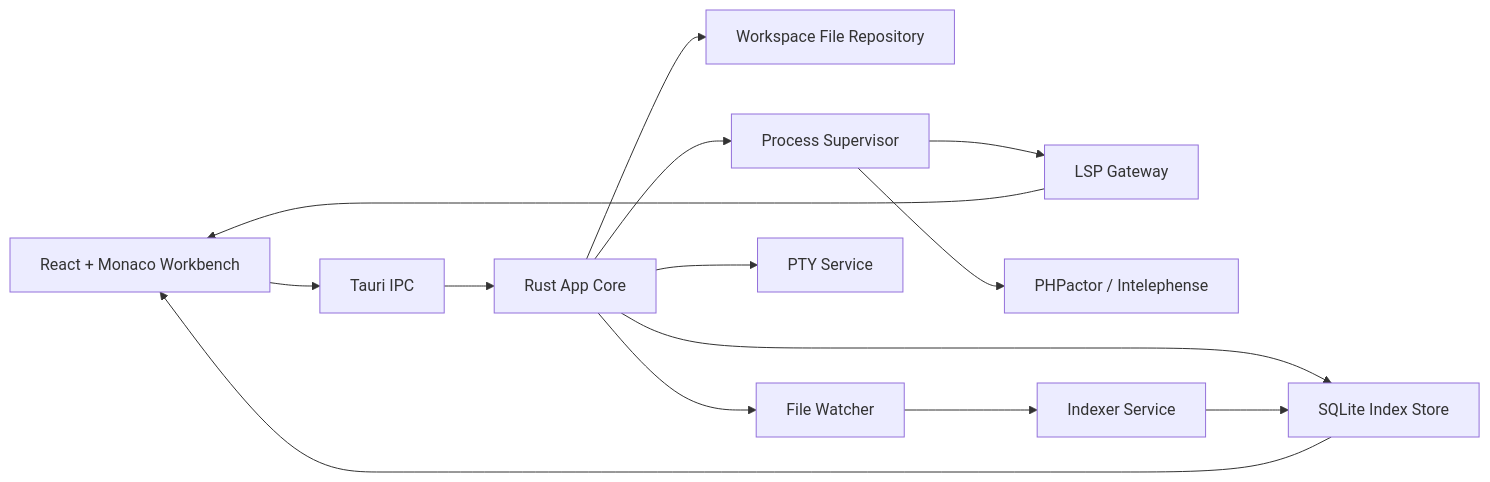
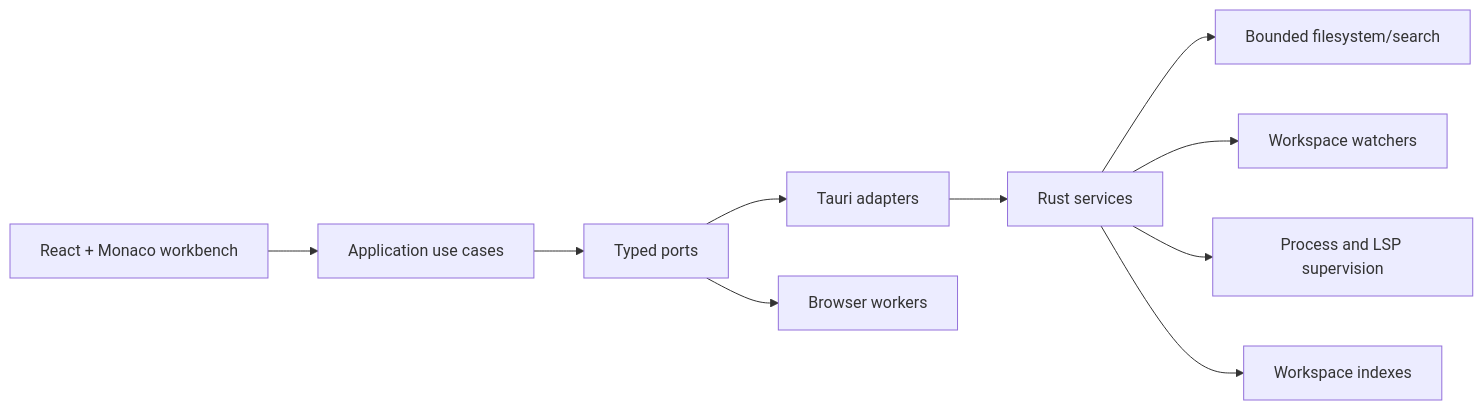
Before and after one commit to MatusMockor/codevo-editor: the diagram in docs/PROJECT_PLAN.md, drawn with Mermaid. The commit also changed other lines of this file and 380 other files, not shown here.

````diff
--- a/docs/PROJECT_PLAN.md
+++ b/docs/PROJECT_PLAN.md
@@ -37,16 +44,12 @@
 ```mermaid
 flowchart LR
-    UI["React + Monaco Workbench"] --> IPC["Tauri IPC"]
-    IPC --> Core["Rust App Core"]
-    Core --> FS["Workspace File Repository"]
-    Core --> Process["Process Supervisor"]
-    Core --> Watcher["File Watcher"]
-    Core --> DB["SQLite Index Store"]
-    Core --> Terminal["PTY Service"]
-    Process --> LSP["LSP Gateway"]
-    Process --> PHP["PHPactor / Intelephense"]
-    Watcher --> Indexer["Indexer Service"]
-    Indexer --> DB
-    DB --> UI
-    LSP --> UI
+    UI["React + Monaco workbench"] --> APP["Application use cases"]
+    APP --> PORTS["Typed ports"]
+    PORTS --> TAURI["Tauri adapters"]
+    PORTS --> WORKERS["Browser workers"]
+    TAURI --> RUST["Rust services"]
+    RUST --> FS["Bounded filesystem/search"]
+    RUST --> WATCH["Workspace watchers"]
+    RUST --> PROC["Process and LSP supervision"]
+    RUST --> INDEX["Workspace indexes"]
 ```
````
